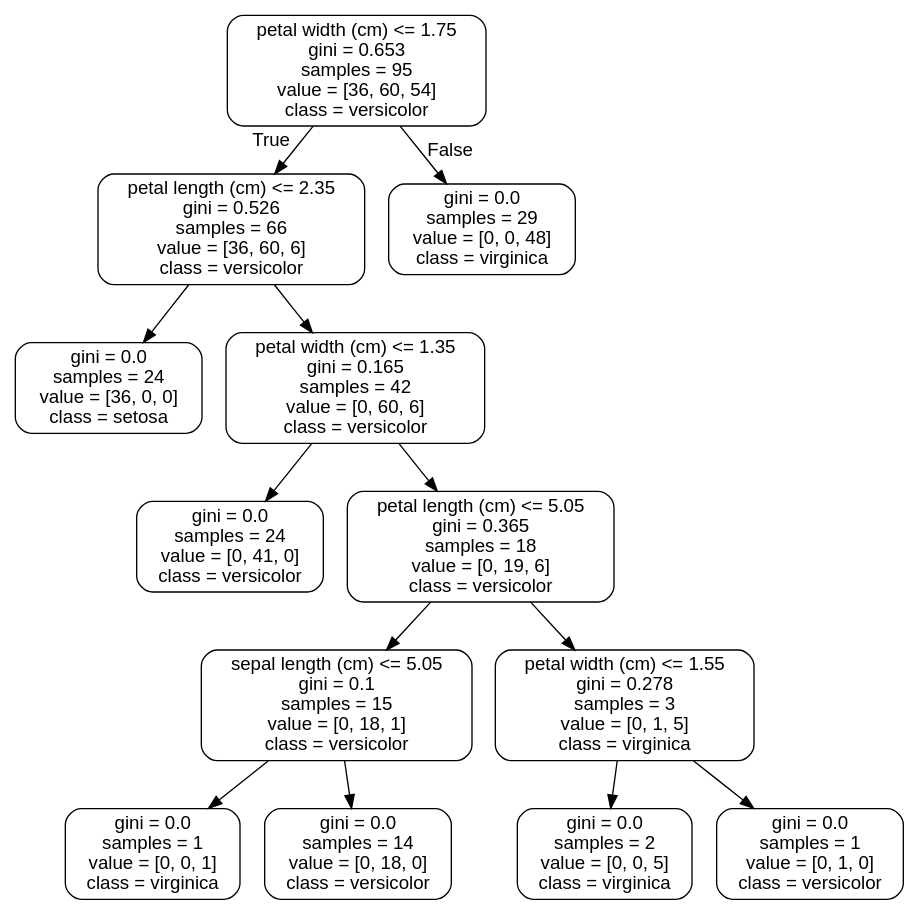
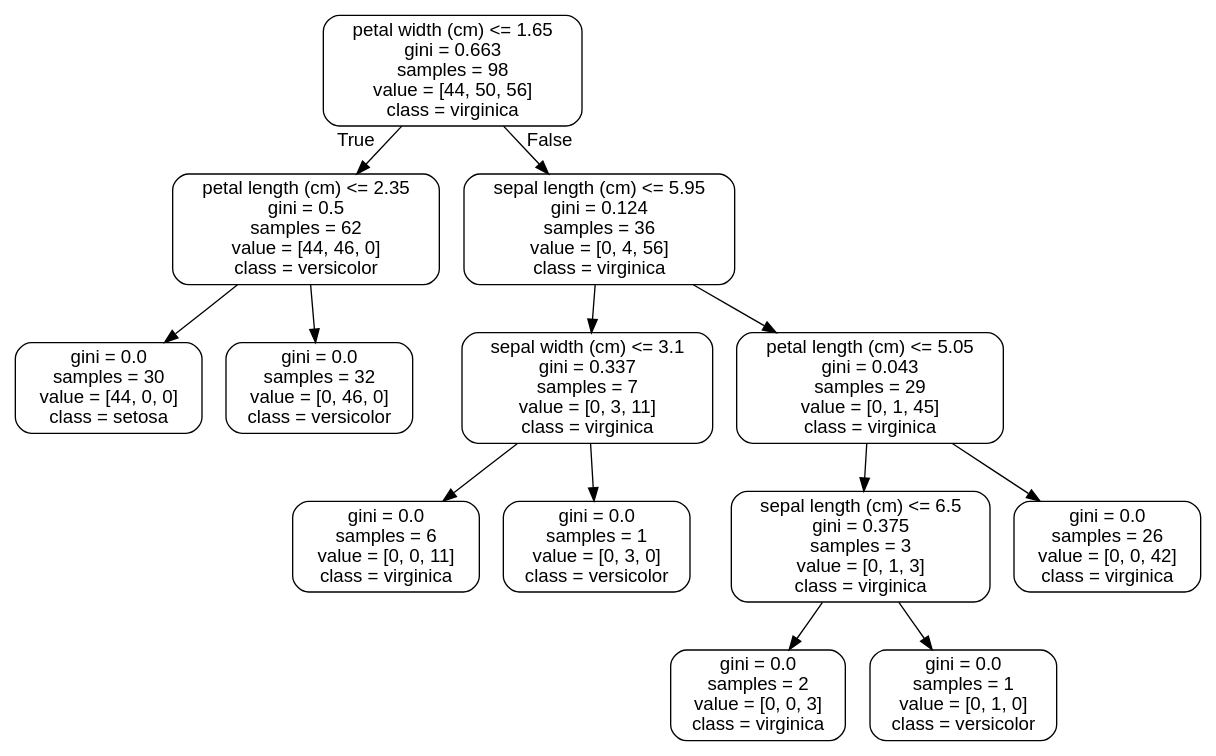
The diagram in Random_Forest_covid_CS/RandomForest Covid Case Study_06302020/tree.dot (G-Sprouts/capstone3_CNN), drawn with Graphviz before and after one commit. The commit also changed 2 other files, not shown here.

```diff
--- a/Random_Forest_covid_CS/RandomForest Covid Case Study_06302020/tree.dot
+++ b/Random_Forest_covid_CS/RandomForest Covid Case Study_06302020/tree.dot
@@ -1,29 +1,29 @@
 digraph Tree {
 node [shape=box, style="rounded", color="black", fontname=helvetica] ;
 edge [fontname=helvetica] ;
-0 [label="petal width (cm) <= 1.75\ngini = 0.653\nsamples = 95\nvalue = [36, 60, 54]\nclass = versicolor"] ;
-1 [label="petal length (cm) <= 2.35\ngini = 0.526\nsamples = 66\nvalue = [36, 60, 6]\nclass = versicolor"] ;
+0 [label="petal width (cm) <= 1.65\ngini = 0.663\nsamples = 98\nvalue = [44, 50, 56]\nclass = virginica"] ;
+1 [label="petal length (cm) <= 2.35\ngini = 0.5\nsamples = 62\nvalue = [44, 46, 0]\nclass = versicolor"] ;
 0 -> 1 [labeldistance=2.5, labelangle=45, headlabel="True"] ;
-2 [label="gini = 0.0\nsamples = 24\nvalue = [36, 0, 0]\nclass = setosa"] ;
+2 [label="gini = 0.0\nsamples = 30\nvalue = [44, 0, 0]\nclass = setosa"] ;
 1 -> 2 ;
-3 [label="petal width (cm) <= 1.35\ngini = 0.165\nsamples = 42\nvalue = [0, 60, 6]\nclass = versicolor"] ;
+3 [label="gini = 0.0\nsamples = 32\nvalue = [0, 46, 0]\nclass = versicolor"] ;
 1 -> 3 ;
-4 [label="gini = 0.0\nsamples = 24\nvalue = [0, 41, 0]\nclass = versicolor"] ;
-3 -> 4 ;
-5 [label="petal length (cm) <= 5.05\ngini = 0.365\nsamples = 18\nvalue = [0, 19, 6]\nclass = versicolor"] ;
-3 -> 5 ;
-6 [label="sepal length (cm) <= 5.05\ngini = 0.1\nsamples = 15\nvalue = [0, 18, 1]\nclass = versicolor"] ;
+4 [label="sepal length (cm) <= 5.95\ngini = 0.124\nsamples = 36\nvalue = [0, 4, 56]\nclass = virginica"] ;
+0 -> 4 [labeldistance=2.5, labelangle=-45, headlabel="False"] ;
+5 [label="sepal width (cm) <= 3.1\ngini = 0.337\nsamples = 7\nvalue = [0, 3, 11]\nclass = virginica"] ;
+4 -> 5 ;
+6 [label="gini = 0.0\nsamples = 6\nvalue = [0, 0, 11]\nclass = virginica"] ;
 5 -> 6 ;
-7 [label="gini = 0.0\nsamples = 1\nvalue = [0, 0, 1]\nclass = virginica"] ;
-6 -> 7 ;
-8 [label="gini = 0.0\nsamples = 14\nvalue = [0, 18, 0]\nclass = versicolor"] ;
-6 -> 8 ;
-9 [label="petal width (cm) <= 1.55\ngini = 0.278\nsamples = 3\nvalue = [0, 1, 5]\nclass = virginica"] ;
-5 -> 9 ;
-10 [label="gini = 0.0\nsamples = 2\nvalue = [0, 0, 5]\nclass = virginica"] ;
+7 [label="gini = 0.0\nsamples = 1\nvalue = [0, 3, 0]\nclass = versicolor"] ;
+5 -> 7 ;
+8 [label="petal length (cm) <= 5.05\ngini = 0.043\nsamples = 29\nvalue = [0, 1, 45]\nclass = virginica"] ;
+4 -> 8 ;
+9 [label="sepal length (cm) <= 6.5\ngini = 0.375\nsamples = 3\nvalue = [0, 1, 3]\nclass = virginica"] ;
+8 -> 9 ;
+10 [label="gini = 0.0\nsamples = 2\nvalue = [0, 0, 3]\nclass = virginica"] ;
 9 -> 10 ;
 11 [label="gini = 0.0\nsamples = 1\nvalue = [0, 1, 0]\nclass = versicolor"] ;
 9 -> 11 ;
-12 [label="gini = 0.0\nsamples = 29\nvalue = [0, 0, 48]\nclass = virginica"] ;
-0 -> 12 [labeldistance=2.5, labelangle=-45, headlabel="False"] ;
+12 [label="gini = 0.0\nsamples = 26\nvalue = [0, 0, 42]\nclass = virginica"] ;
+8 -> 12 ;
 }
```
